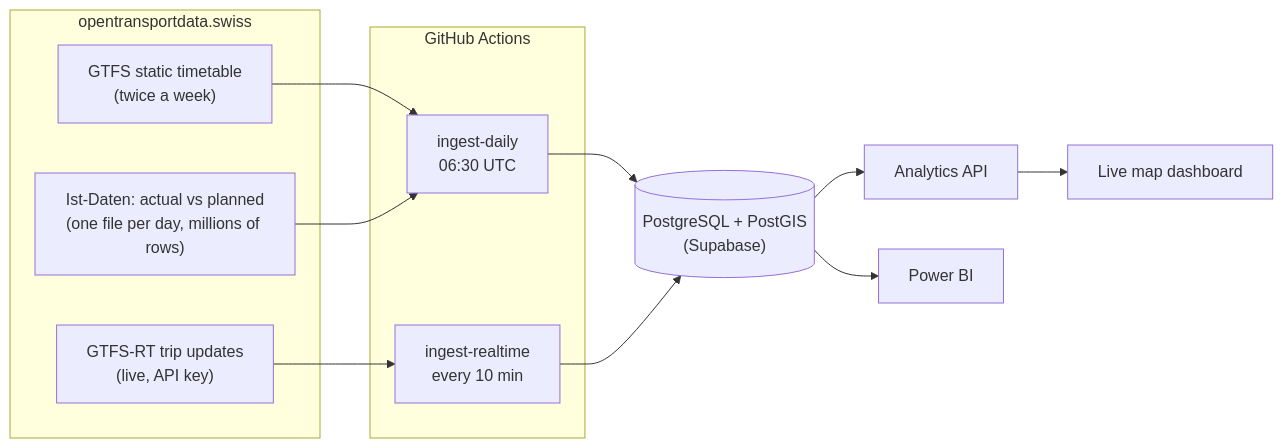
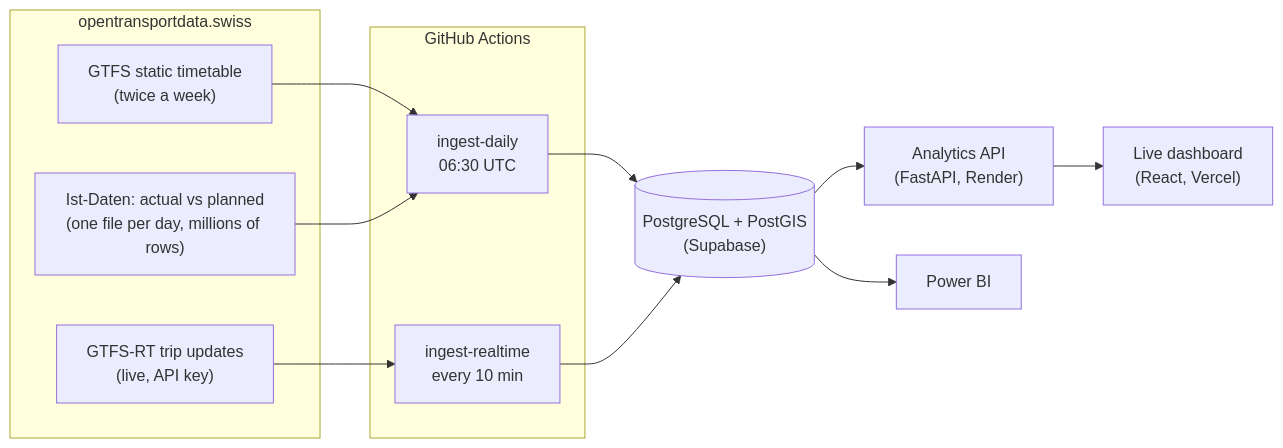
One commit to SantiagoTeranMoreno/swiss-transit-analytics changed the diagram in README.md. Above: the diagram before and after it, drawn with Mermaid. The commit also changed other lines of this file and 32 other files, not shown here.

First line of the commit message:
Add the analytics API and the live web dashboard

````diff
--- a/README.md
+++ b/README.md
@@ -15,20 +14,20 @@
 ```mermaid
 flowchart LR
     subgraph Sources["opentransportdata.swiss"]
         A["GTFS static timetable<br/>(twice a week)"]
         B["Ist-Daten: actual vs planned<br/>(one file per day, millions of rows)"]
         C["GTFS-RT trip updates<br/>(live, API key)"]
     end
     subgraph GHA["GitHub Actions"]
         D["ingest-daily<br/>06:30 UTC"]
         E["ingest-realtime<br/>every 10 min"]
     end
     A --> D
     B --> D
     C --> E
     D --> F[("PostgreSQL + PostGIS<br/>(Supabase)")]
     E --> F
-    F --> G["Analytics API"]
+    F --> G["Analytics API<br/>(FastAPI, Render)"]
     F --> H["Power BI"]
-    G --> I["Live map dashboard"]
+    G --> I["Live dashboard<br/>(React, Vercel)"]
 ```
````
